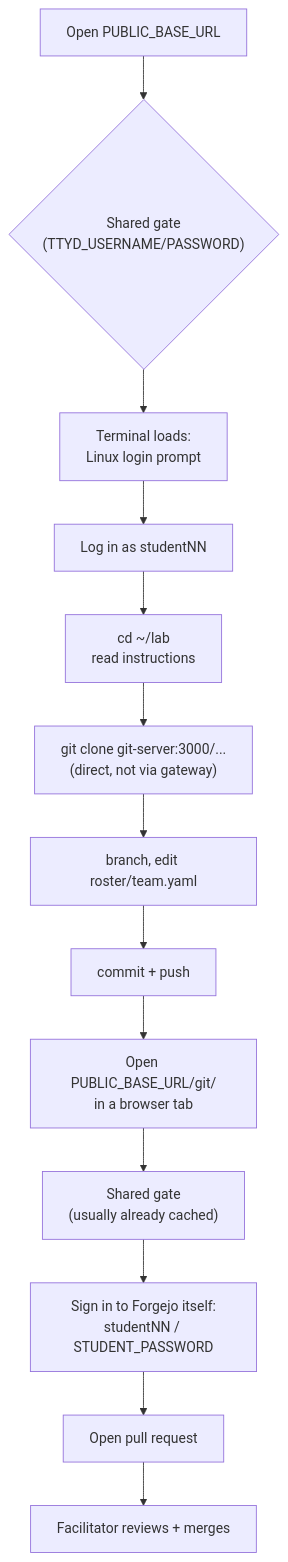
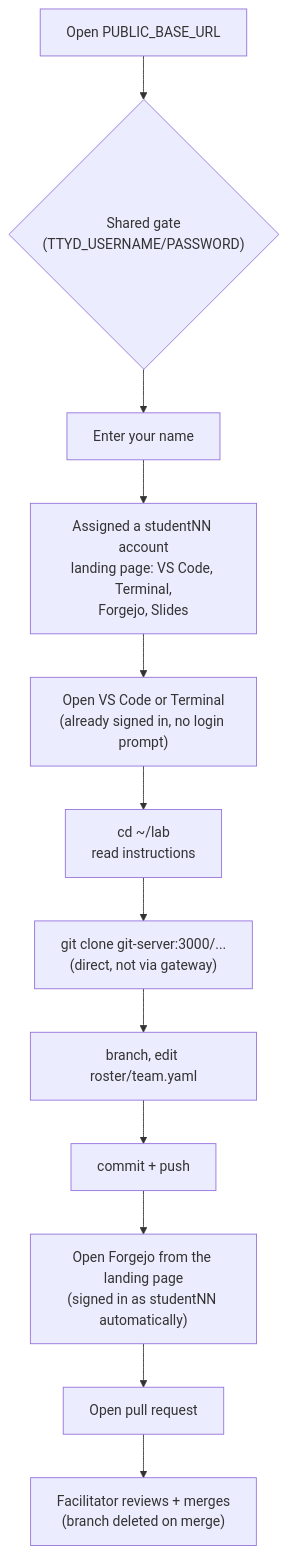
Before and after one commit to fiddler110/GitOps_Dojo: the diagram in workshops/git-fundamentals/docs/student-workflow.md, drawn with Mermaid. The commit also changed other lines of this file and 11 other files, not shown here.

````diff
--- a/workshops/git-fundamentals/docs/student-workflow.md
+++ b/workshops/git-fundamentals/docs/student-workflow.md
@@ -8,15 +8,14 @@
 ```mermaid
 flowchart TD
     A["Open PUBLIC_BASE_URL"] --> B{"Shared gate<br/>(TTYD_USERNAME/PASSWORD)"}
-    B --> C["Terminal loads:<br/>Linux login prompt"]
-    C --> D["Log in as studentNN"]
-    D --> E["cd ~/lab<br/>read instructions"]
-    E --> F["git clone git-server:3000/...<br/>(direct, not via gateway)"]
-    F --> G["branch, edit roster/team.yaml"]
-    G --> H["commit + push"]
-    H --> I["Open PUBLIC_BASE_URL/git/<br/>in a browser tab"]
-    I --> J["Shared gate<br/>(usually already cached)"]
-    J --> K["Sign in to Forgejo itself:<br/>studentNN / STUDENT_PASSWORD"]
-    K --> L["Open pull request"]
-    L --> M["Facilitator reviews + merges"]
+    B --> C["Enter your name"]
+    C --> D["Assigned a studentNN account<br/>landing page: VS Code, Terminal,<br/>Forgejo, Slides"]
+    D --> E["Open VS Code or Terminal<br/>(already signed in, no login prompt)"]
+    E --> F["cd ~/lab<br/>read instructions"]
+    F --> G["git clone git-server:3000/...<br/>(direct, not via gateway)"]
+    G --> H["branch, edit roster/team.yaml"]
+    H --> I["commit + push"]
+    I --> J["Open Forgejo from the landing page<br/>(signed in as studentNN automatically)"]
+    J --> K["Open pull request"]
+    K --> L["Facilitator reviews + merges<br/>(branch deleted on merge)"]
 ```
````
